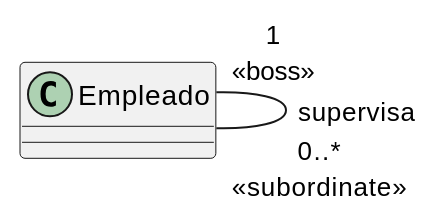
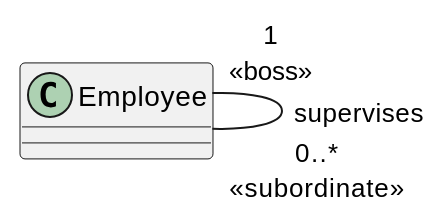
The second of 2 diagrams in source/base-cognitiva/_uml/uml-04-uso-relaciones/asociaciones-reflexivas.rst (jcg-admin/IACT-docs), drawn with PlantUML before and after one commit. The commit also changed 4 other files, not shown here.

```diff
--- a/source/base-cognitiva/_uml/uml-04-uso-relaciones/asociaciones-reflexivas.rst
+++ b/source/base-cognitiva/_uml/uml-04-uso-relaciones/asociaciones-reflexivas.rst
@@ -40,7 +40,7 @@
 .. uml::
 
    @startuml
 
-   class Empleado
-   Empleado "1\n<<boss>>" -- "0..*\n<<subordinate>>" Empleado : supervisa
+   class Employee
+   Employee "1\n<<boss>>" -- "0..*\n<<subordinate>>" Employee : supervises
    @enduml
```
